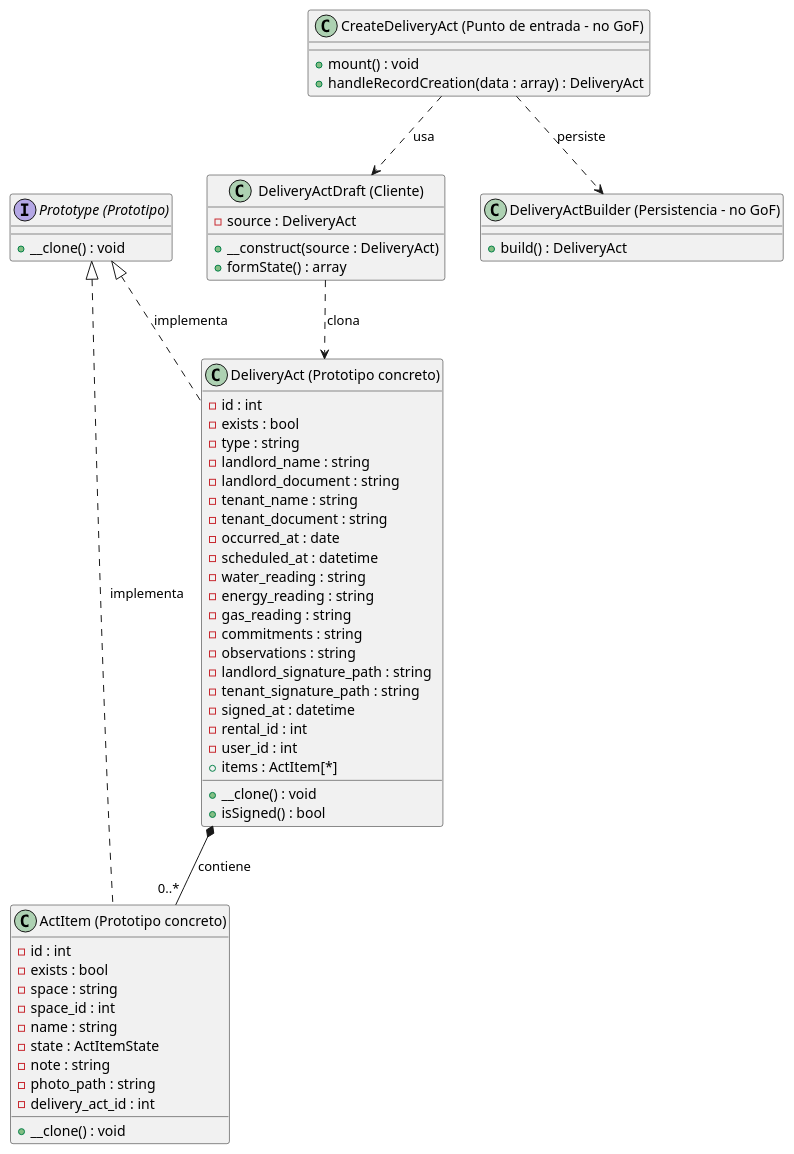
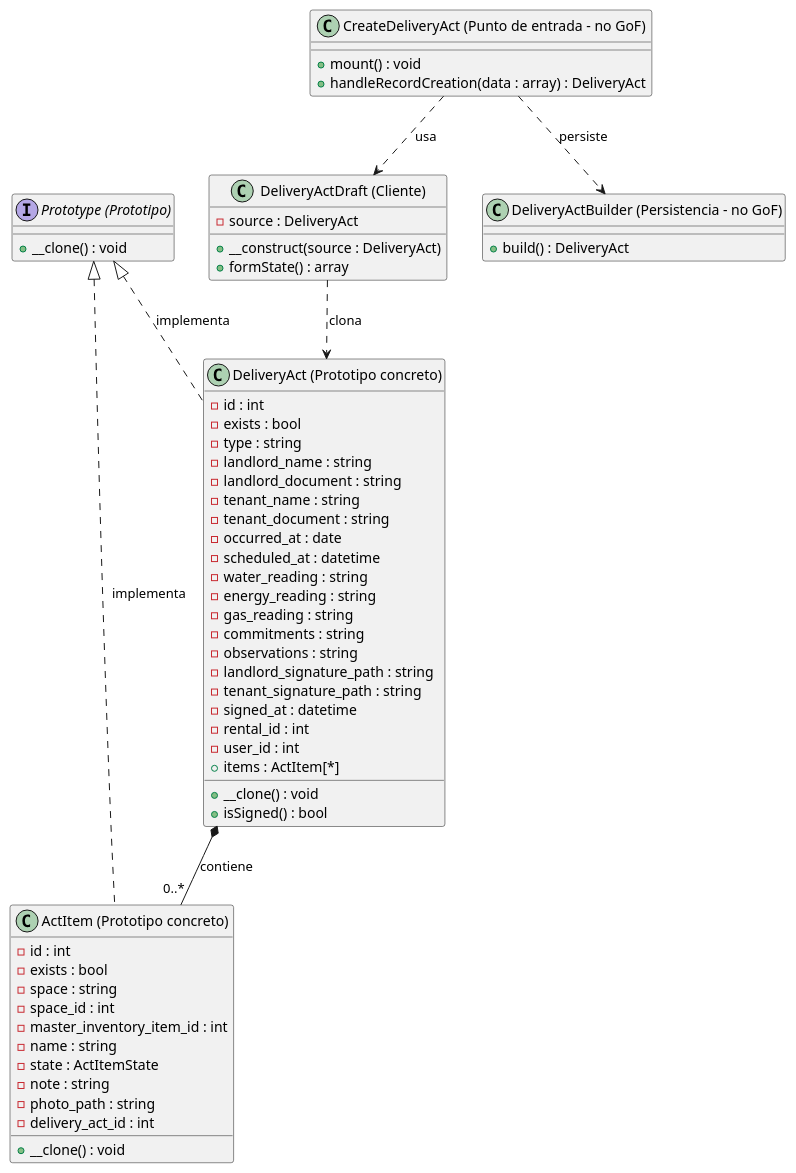
The diagram in docs/Patrones creacionales/Prototype.md (diegocastro-ac/prometheus), drawn with PlantUML before and after one commit. The commit also changed other lines of this file and 7 other files, not shown here.

````diff
--- a/docs/Patrones creacionales/Prototype.md
+++ b/docs/Patrones creacionales/Prototype.md
@@ -64,68 +64,69 @@
 ```plantuml
 @startuml
 
 interface "Prototype (Prototipo)" as Prototype {
   + __clone() : void
 }
 
 class "DeliveryAct (Prototipo concreto)" as DeliveryAct {
   - id : int
   - exists : bool
   - type : string
   - landlord_name : string
   - landlord_document : string
   - tenant_name : string
   - tenant_document : string
   - occurred_at : date
   - scheduled_at : datetime
   - water_reading : string
   - energy_reading : string
   - gas_reading : string
   - commitments : string
   - observations : string
   - landlord_signature_path : string
   - tenant_signature_path : string
   - signed_at : datetime
   - rental_id : int
   - user_id : int
   + items : ActItem[*]
   + __clone() : void
   + isSigned() : bool
 }
 
 class "ActItem (Prototipo concreto)" as ActItem {
   - id : int
   - exists : bool
   - space : string
   - space_id : int
+  - master_inventory_item_id : int
   - name : string
   - state : ActItemState
   - note : string
   - photo_path : string
   - delivery_act_id : int
   + __clone() : void
 }
 
 class "DeliveryActDraft (Cliente)" as DeliveryActDraft {
   - source : DeliveryAct
   + __construct(source : DeliveryAct)
   + formState() : array
 }
 
 class "CreateDeliveryAct (Punto de entrada - no GoF)" as CreateDeliveryAct {
   + mount() : void
   + handleRecordCreation(data : array) : DeliveryAct
 }
 
 class "DeliveryActBuilder (Persistencia - no GoF)" as DeliveryActBuilder {
   + build() : DeliveryAct
 }
 
 Prototype <|.. DeliveryAct : implementa
 Prototype <|.. ActItem : implementa
 DeliveryAct *-- "0..*" ActItem : contiene
 DeliveryActDraft ..> DeliveryAct : clona
 CreateDeliveryAct ..> DeliveryActDraft : usa
 CreateDeliveryAct ..> DeliveryActBuilder : persiste
 @enduml
 ```
````
